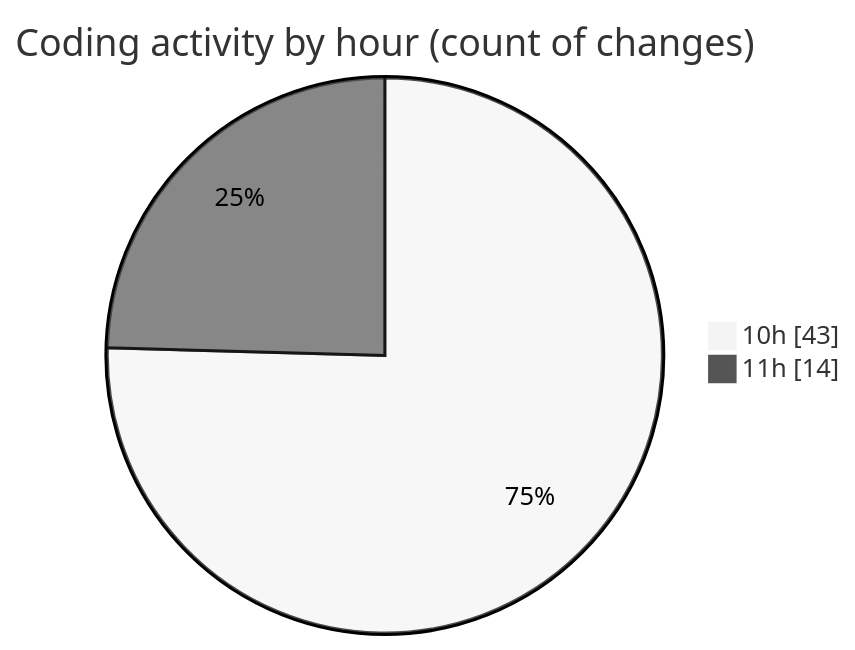
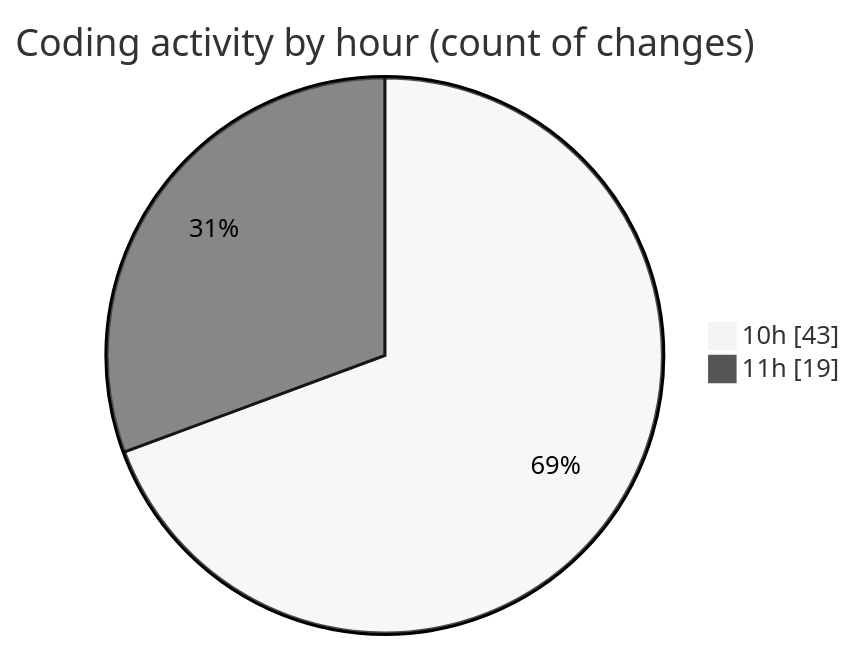
The second of 2 diagrams in 2025-02-10/cda/README.md (momahboobian/code-tracking), drawn with Mermaid (neutral theme) before and after one commit. The commit also changed other lines of this file and 1 other file, not shown here.

````diff
--- a/2025-02-10/cda/README.md
+++ b/2025-02-10/cda/README.md
@@ -34,6 +34,6 @@
 ```mermaid
 pie showData
 title Coding activity by hour (count of changes)
 "10h" : 43
-"11h" : 14
+"11h" : 19
 ```
````
